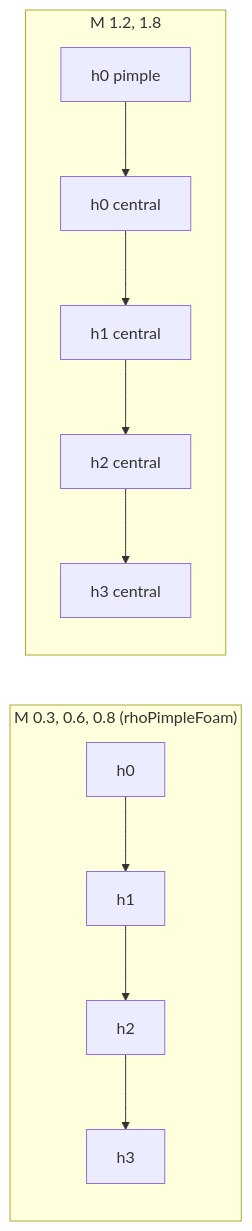
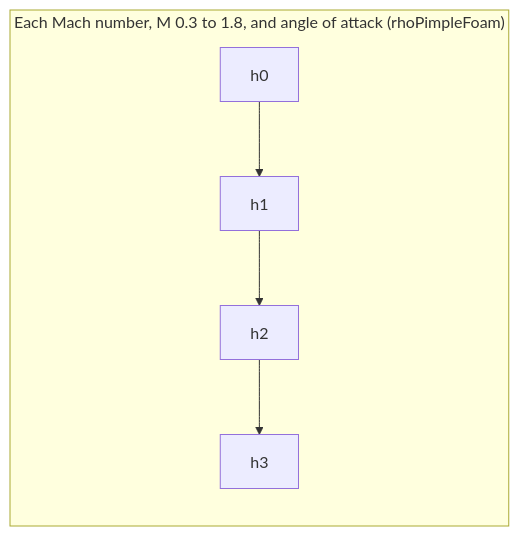
The diagram in flightModel/docs/guide/figures/src/chains.mmd (vnemegabriel/CFD-ITBA-ROCKETRY), drawn with Mermaid before and after one commit. The commit also changed 16 other files, not shown here.

First line of the commit message:
Barrido completo en rhoPimpleFoam; rhoCentralFoam fuera del cálculo de Cd

```diff
--- a/flightModel/docs/guide/figures/src/chains.mmd
+++ b/flightModel/docs/guide/figures/src/chains.mmd
@@ -1,7 +1,4 @@
 flowchart LR
-  subgraph sub["M 0.3, 0.6, 0.8 (rhoPimpleFoam)"]
+  subgraph sub["Each Mach number, M 0.3 to 1.8, and angle of attack (rhoPimpleFoam)"]
     s0["h0"] --> s1["h1"] --> s2["h2"] --> s3["h3"]
   end
-  subgraph sup["M 1.2, 1.8"]
-    p0["h0 pimple"] --> c0["h0 central"] --> c1["h1 central"] --> c2["h2 central"] --> c3["h3 central"]
-  end
```
